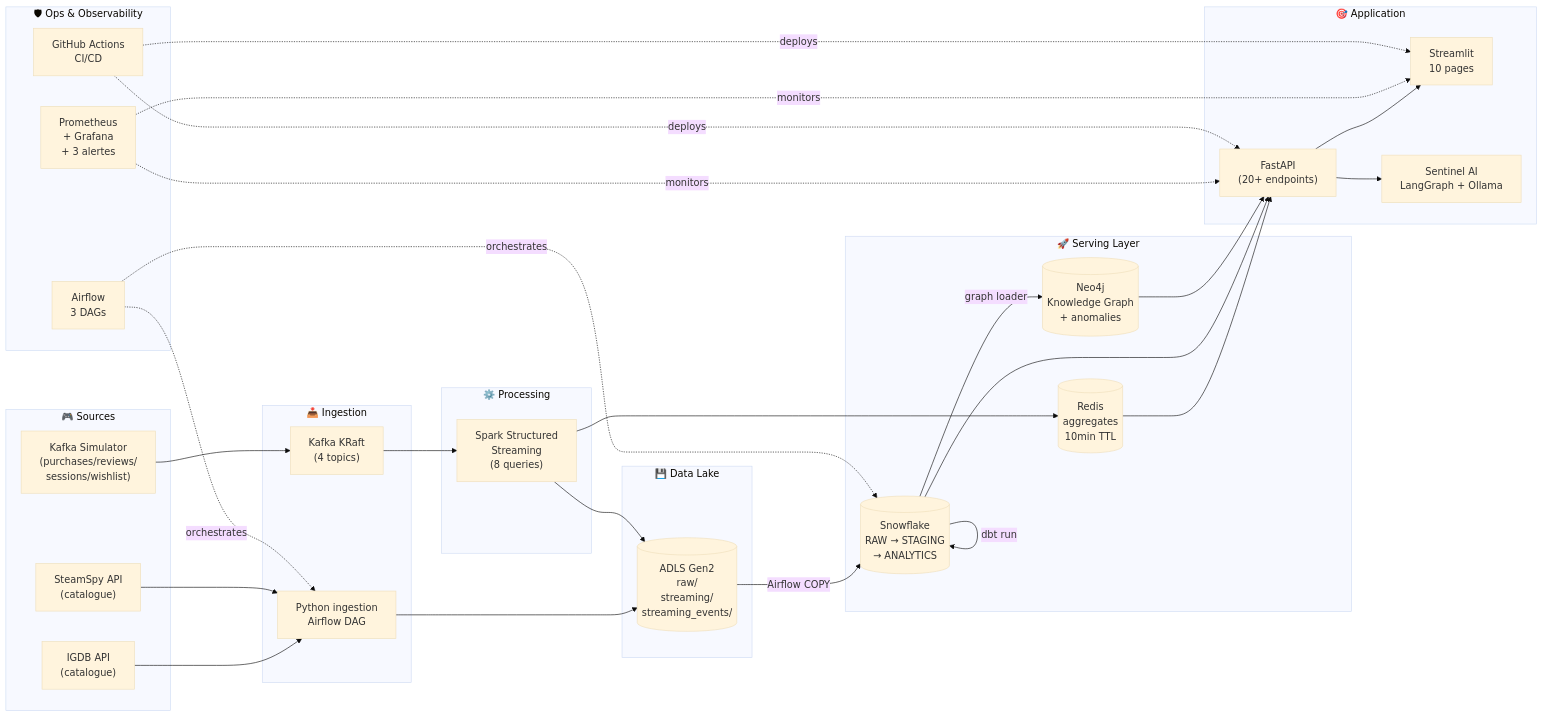
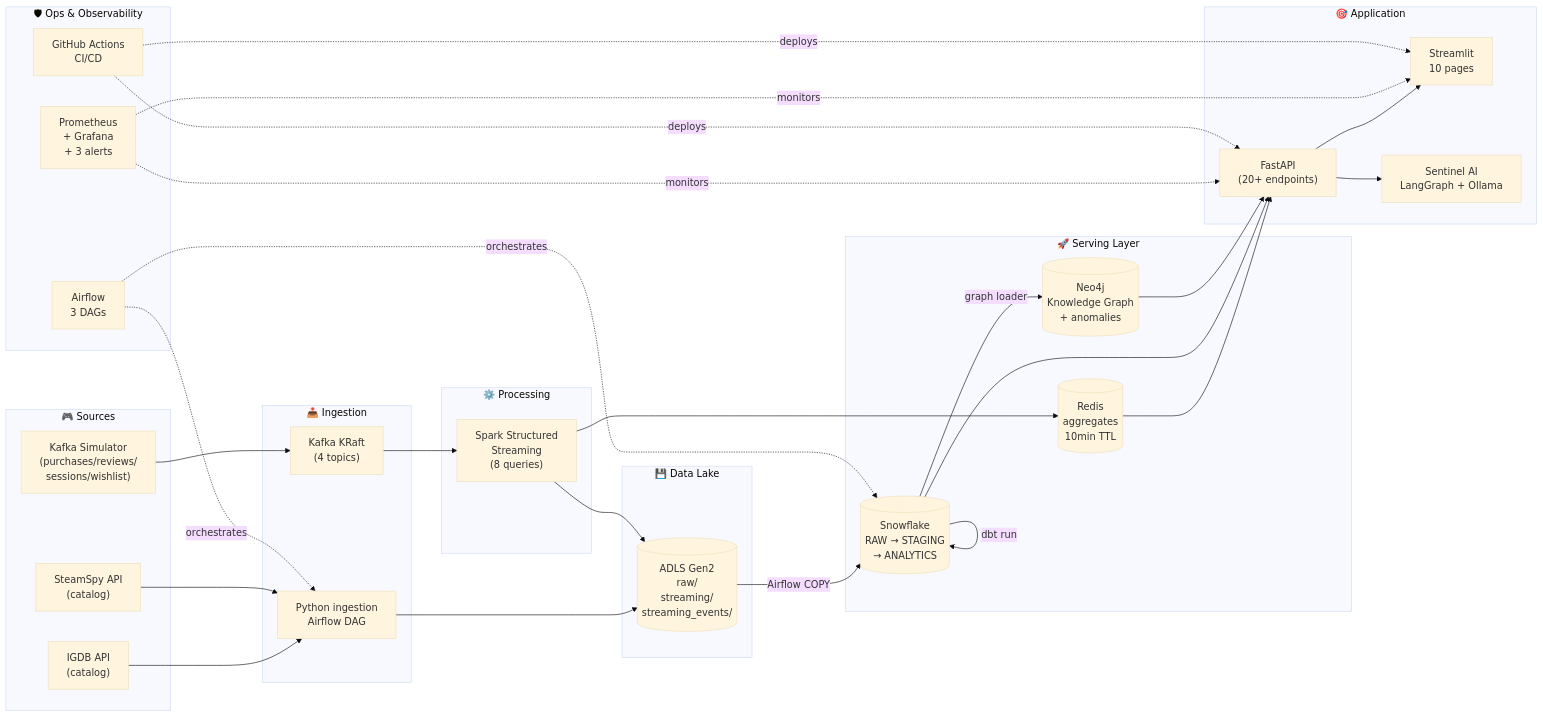
One commit to KhalifaSeck/realtime-gaming-platform changed the diagram in README.md. Above: the diagram before and after it, drawn with Mermaid (base theme). The commit also changed other lines of this file, not shown here.

Commit message:
docs: comprehensive README with architecture diagram and demo GIFs

````diff
--- a/README.md
+++ b/README.md
@@ -91,61 +85,61 @@
 ```mermaid
 flowchart LR
     subgraph SRC["🎮 Sources"]
-        IGDB["IGDB API<br/>(catalogue)"]
-        STEAM["SteamSpy API<br/>(catalogue)"]
+        IGDB["IGDB API<br/>(catalog)"]
+        STEAM["SteamSpy API<br/>(catalog)"]
         SIM["Kafka Simulator<br/>(purchases/reviews/<br/>sessions/wishlist)"]
     end
 
     subgraph INGEST["📥 Ingestion"]
         PYING["Python ingestion<br/>Airflow DAG"]
         KAFKA["Kafka KRaft<br/>(4 topics)"]
     end
 
     subgraph PROC["⚙️ Processing"]
         SPARK["Spark Structured<br/>Streaming<br/>(8 queries)"]
     end
 
     subgraph LAKE["💾 Data Lake"]
         ADLS[("ADLS Gen2<br/>raw/<br/>streaming/<br/>streaming_events/")]
     end
 
     subgraph SERVE["🚀 Serving Layer"]
         REDIS[("Redis<br/>aggregates<br/>10min TTL")]
         SF[("Snowflake<br/>RAW → STAGING<br/>→ ANALYTICS")]
         NEO4J[("Neo4j<br/>Knowledge Graph<br/>+ anomalies")]
     end
 
     subgraph APP["🎯 Application"]
         API["FastAPI<br/>(20+ endpoints)"]
         DASH["Streamlit<br/>10 pages"]
         AI["Sentinel AI<br/>LangGraph + Ollama"]
     end
 
     subgraph OPS["🛡 Ops & Observability"]
         AIRFLOW["Airflow<br/>3 DAGs"]
-        GRAF["Prometheus<br/>+ Grafana<br/>+ 3 alertes"]
+        GRAF["Prometheus<br/>+ Grafana<br/>+ 3 alerts"]
         CICD["GitHub Actions<br/>CI/CD"]
     end
 
     IGDB --> PYING
     STEAM --> PYING
     SIM --> KAFKA
     PYING --> ADLS
     KAFKA --> SPARK
     SPARK --> REDIS
     SPARK --> ADLS
     ADLS -->|Airflow COPY| SF
     SF -->|dbt run| SF
     SF -->|graph loader| NEO4J
     REDIS --> API
     SF --> API
     NEO4J --> API
     API --> DASH
     API --> AI
     AIRFLOW -.orchestrates.-> PYING
     AIRFLOW -.orchestrates.-> SF
     GRAF -.monitors.-> API
     GRAF -.monitors.-> DASH
     CICD -.deploys.-> API
     CICD -.deploys.-> DASH
 ```
````
